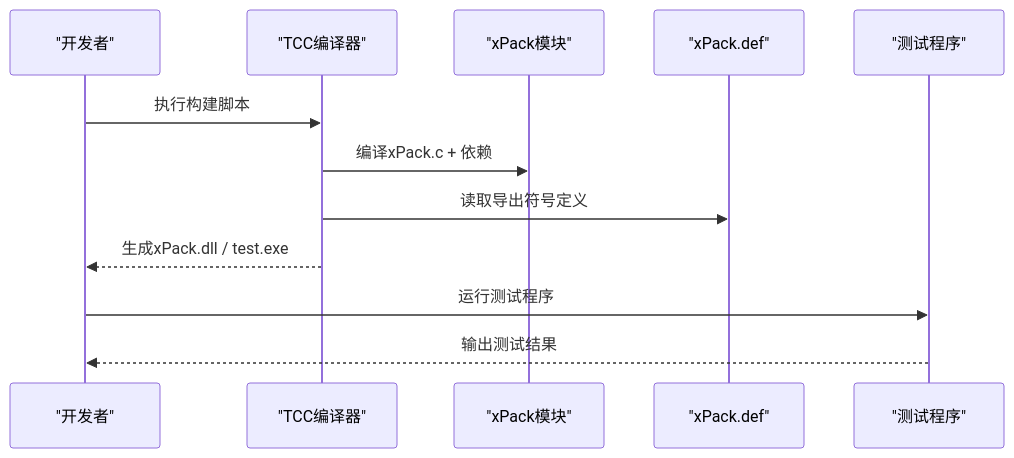
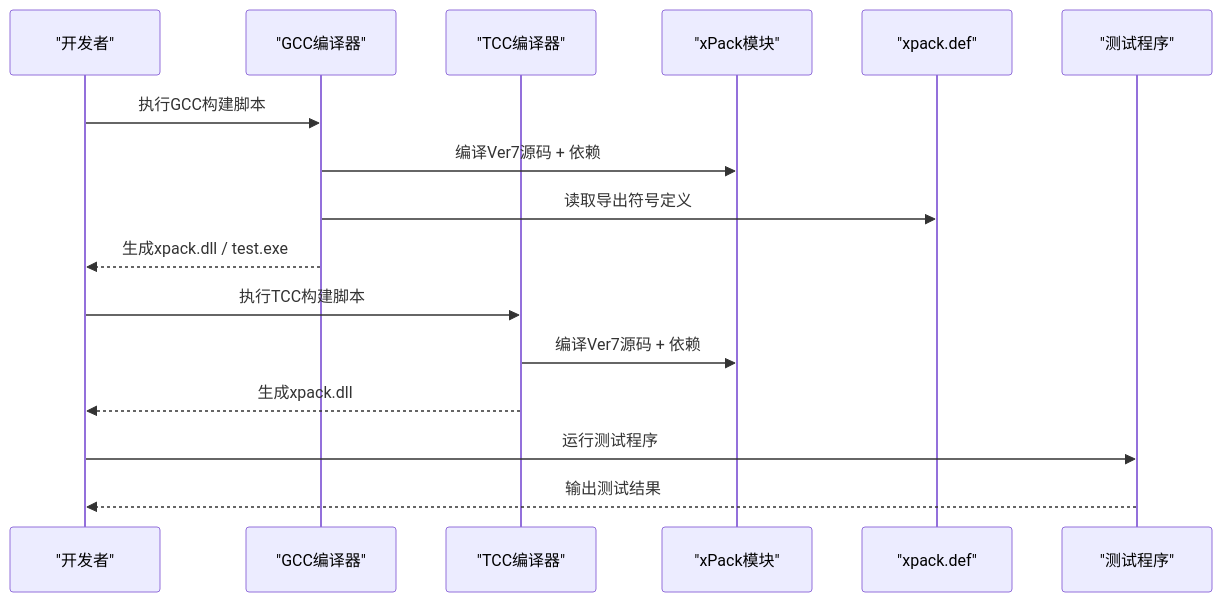
One commit to xywhsoft/xpack changed the seventh of 9 diagrams in .qoder/repowiki/zh/content/开发者指南/开发者指南.md. Above: the diagram before and after it, drawn with Mermaid. The commit also changed other lines of this file and 23 other files, not shown here.

````diff
--- a/.qoder/repowiki/zh/content/开发者指南/开发者指南.md
+++ b/.qoder/repowiki/zh/content/开发者指南/开发者指南.md
@@ -207,14 +281,18 @@
 ```mermaid
 sequenceDiagram
 participant Dev as "开发者"
+participant GCC as "GCC编译器"
 participant TCC as "TCC编译器"
 participant XPack as "xPack模块"
-participant Def as "xPack.def"
+participant Def as "xpack.def"
 participant Test as "测试程序"
-Dev->>TCC : 执行构建脚本
-TCC->>XPack : 编译xPack.c + 依赖
-TCC->>Def : 读取导出符号定义
-TCC-->>Dev : 生成xPack.dll / test.exe
+Dev->>GCC : 执行GCC构建脚本
+GCC->>XPack : 编译Ver7源码 + 依赖
+GCC->>Def : 读取导出符号定义
+GCC-->>Dev : 生成xpack.dll / test.exe
+Dev->>TCC : 执行TCC构建脚本
+TCC->>XPack : 编译Ver7源码 + 依赖
+TCC-->>Dev : 生成xpack.dll
 Dev->>Test : 运行测试程序
 Test-->>Dev : 输出测试结果
 ```
````
